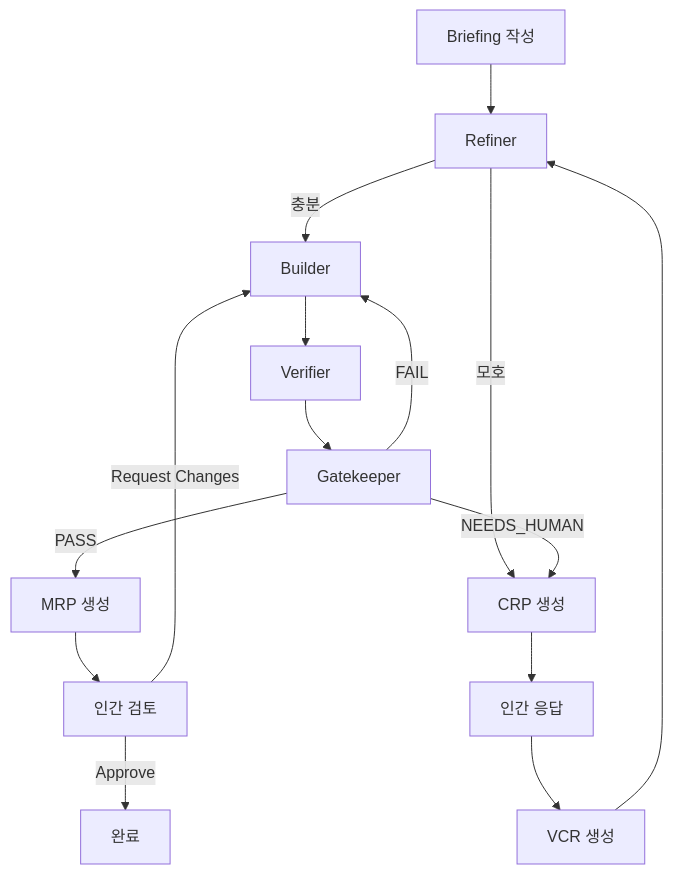
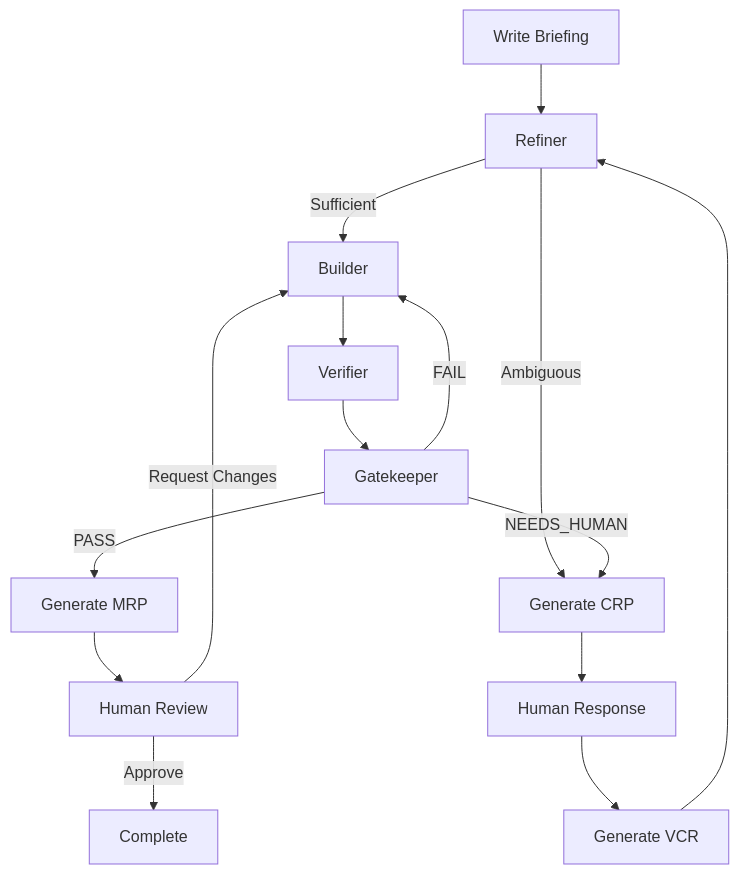
Before and after one commit to choo121600/dure: the second of 2 diagrams in docs/guide/core-concepts.md, drawn with Mermaid. The commit also changed other lines of this file and 38 other files, not shown here.

````diff
--- a/docs/guide/core-concepts.md
+++ b/docs/guide/core-concepts.md
@@ -164,17 +164,17 @@
 ```mermaid
 graph TD
-    A[Briefing 작성] --> B[Refiner]
-    B -->|충분| C[Builder]
-    B -->|모호| D[CRP 생성]
-    D --> E[인간 응답]
-    E --> F[VCR 생성]
+    A[Write Briefing] --> B[Refiner]
+    B -->|Sufficient| C[Builder]
+    B -->|Ambiguous| D[Generate CRP]
+    D --> E[Human Response]
+    E --> F[Generate VCR]
     F --> B
     C --> G[Verifier]
     G --> H[Gatekeeper]
-    H -->|PASS| I[MRP 생성]
+    H -->|PASS| I[Generate MRP]
     H -->|FAIL| C
     H -->|NEEDS_HUMAN| D
-    I --> J[인간 검토]
-    J -->|Approve| K[완료]
+    I --> J[Human Review]
+    J -->|Approve| K[Complete]
     J -->|Request Changes| C
 ```
````
